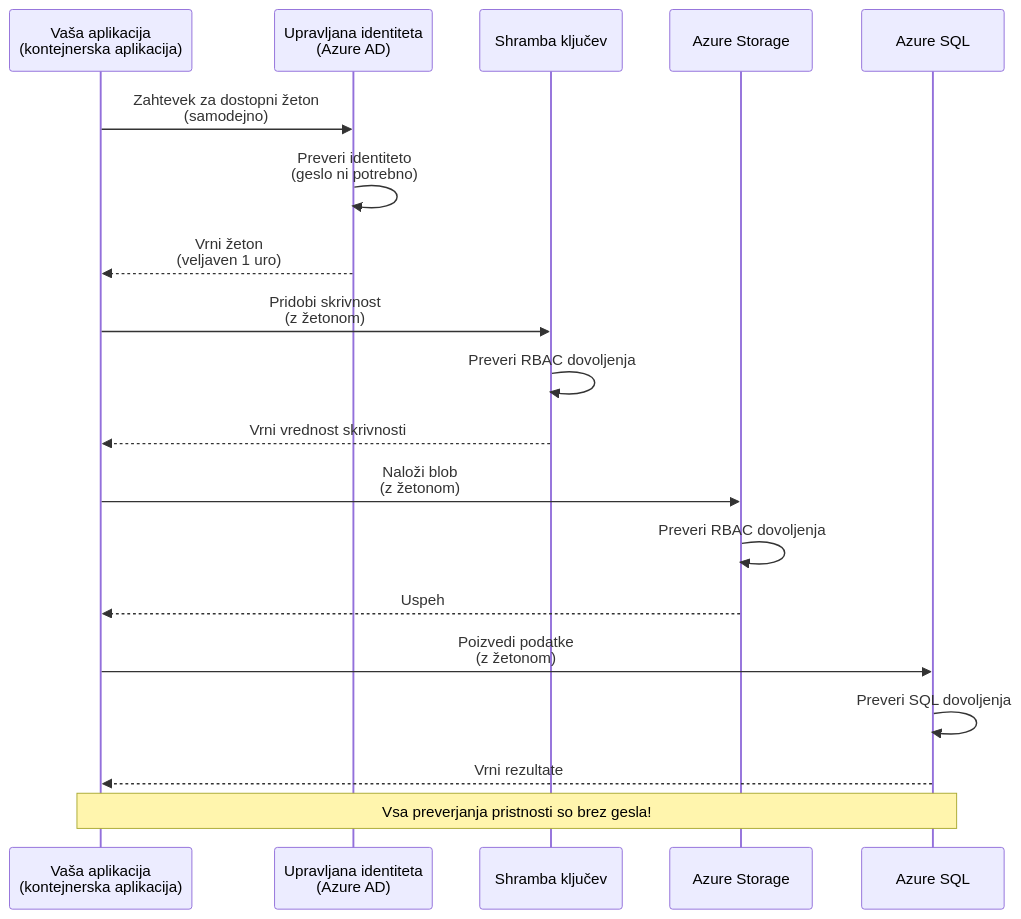
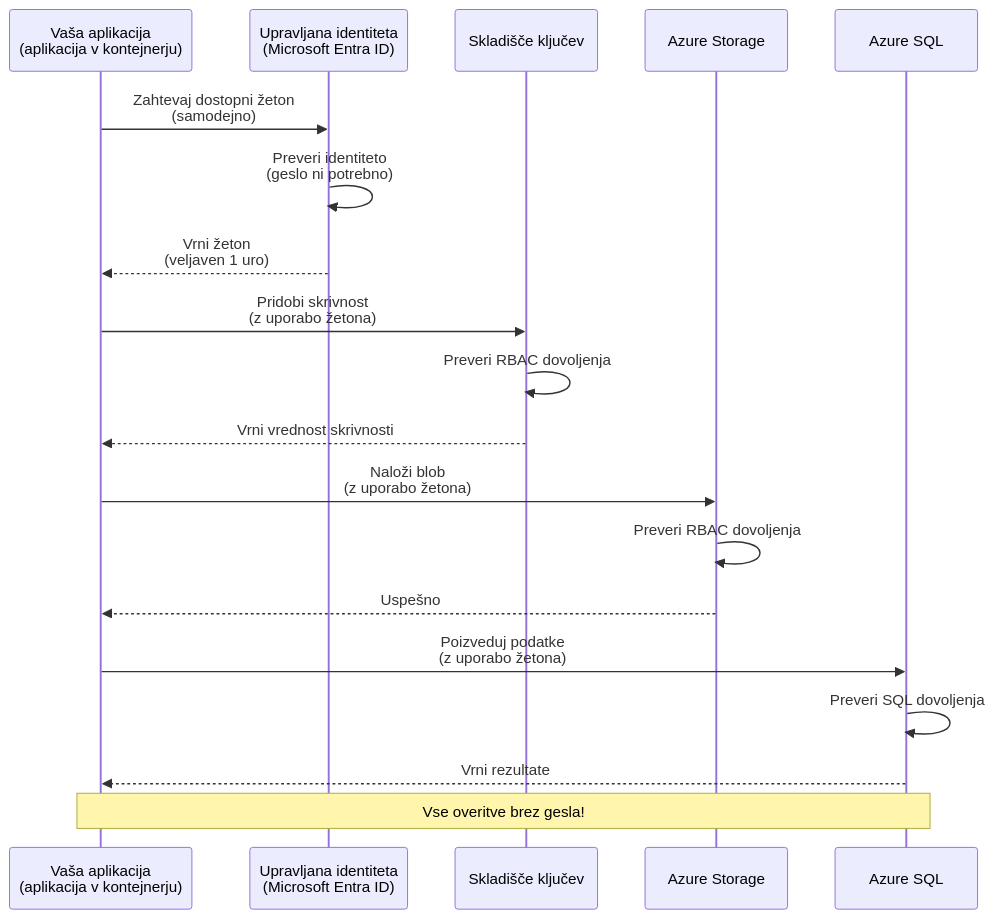
Before and after one commit to microsoft/AZD-for-beginners: the first of 2 diagrams in translations/sl/docs/chapter-03-configuration/authsecurity.md, drawn with Mermaid. The commit also changed other lines of this file and 104 other files, not shown here.

````diff
--- a/translations/sl/docs/chapter-03-configuration/authsecurity.md
+++ b/translations/sl/docs/chapter-03-configuration/authsecurity.md
@@ -69,26 +69,26 @@
 ```mermaid
 sequenceDiagram
-    participant App as Vaša aplikacija<br/>(kontejnerska aplikacija)
-    participant MI as Upravljana identiteta<br/>(Azure AD)
-    participant KV as Shramba ključev
+    participant App as Vaša aplikacija<br/>(aplikacija v kontejnerju)
+    participant MI as Upravljana identiteta<br/>(Microsoft Entra ID)
+    participant KV as Skladišče ključev
     participant Storage as Azure Storage
     participant DB as Azure SQL
     
-    App->>MI: Zahtevek za dostopni žeton<br/>(samodejno)
+    App->>MI: Zahtevaj dostopni žeton<br/>(samodejno)
     MI->>MI: Preveri identiteto<br/>(geslo ni potrebno)
     MI-->>App: Vrni žeton<br/>(veljaven 1 uro)
     
-    App->>KV: Pridobi skrivnost<br/>(z žetonom)
+    App->>KV: Pridobi skrivnost<br/>(z uporabo žetona)
     KV->>KV: Preveri RBAC dovoljenja
     KV-->>App: Vrni vrednost skrivnosti
     
-    App->>Storage: Naloži blob<br/>(z žetonom)
+    App->>Storage: Naloži blob<br/>(z uporabo žetona)
     Storage->>Storage: Preveri RBAC dovoljenja
-    Storage-->>App: Uspeh
+    Storage-->>App: Uspešno
     
-    App->>DB: Poizvedi podatke<br/>(z žetonom)
+    App->>DB: Poizveduj podatke<br/>(z uporabo žetona)
     DB->>DB: Preveri SQL dovoljenja
     DB-->>App: Vrni rezultate
     
-    Note over App,DB: Vsa preverjanja pristnosti so brez gesla!
+    Note over App,DB: Vse overitve brez gesla!
 ```
````
